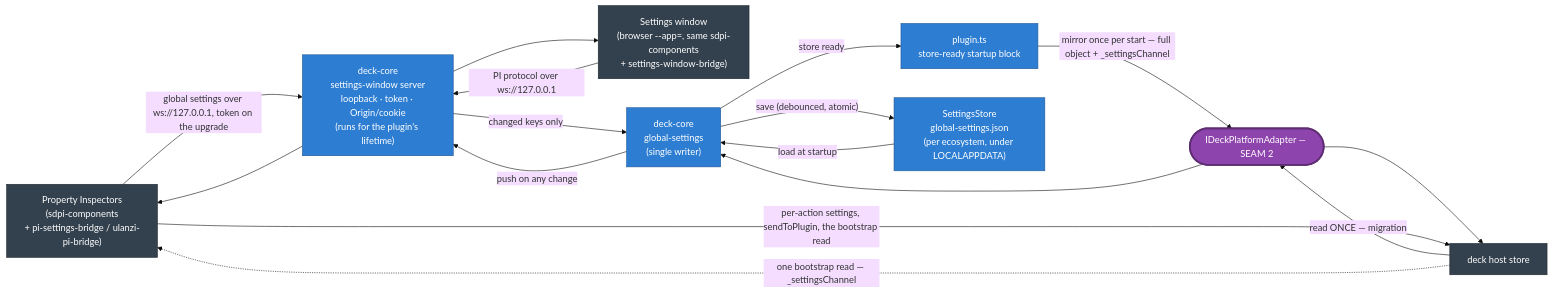
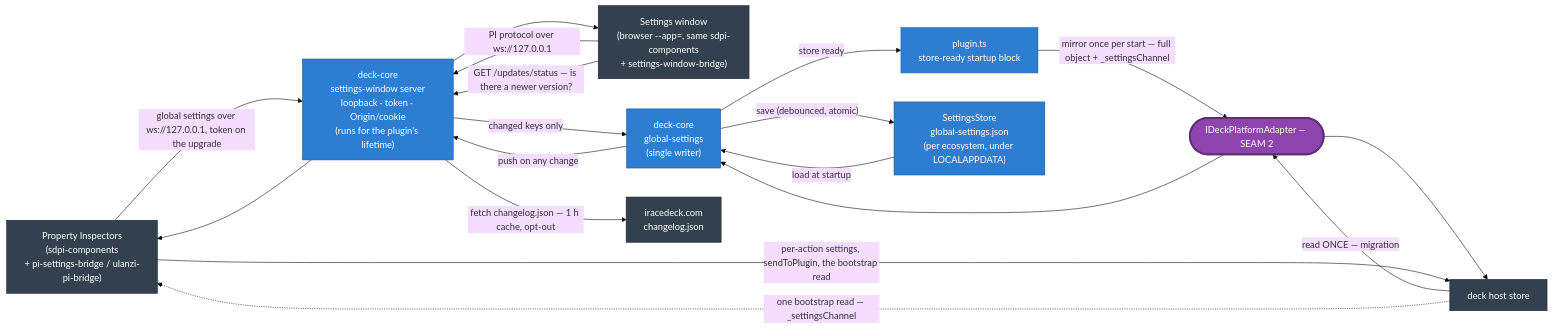
Before and after one commit to niklam/iracedeck: the fourth of 6 diagrams in packages/website/src/content/docs/docs/development/architecture.md, drawn with Mermaid (base theme). The commit also changed other lines of this file and 54 other files, not shown here.

First line of the commit message:
feat(settings): show that a newer version exists on the What's New tab (#1016) (#1022)

````diff
--- a/packages/website/src/content/docs/docs/development/architecture.md
+++ b/packages/website/src/content/docs/docs/development/architecture.md
@@ -150,31 +150,34 @@
 ```mermaid
 flowchart LR
   pi["Property Inspectors<br/>(sdpi-components<br/>+ pi-settings-bridge / ulanzi-pi-bridge)"]:::ext
   win["Settings window<br/>(browser --app=, same sdpi-components<br/>+ settings-window-bridge)"]:::ext
   srv["deck-core<br/>settings-window server<br/>loopback · token · Origin/cookie<br/>(runs for the plugin's lifetime)"]:::core
   gs["deck-core<br/>global-settings<br/>(single writer)"]:::core
   boot["plugin.ts<br/>store-ready startup block"]:::core
   store["SettingsStore<br/>global-settings.json<br/>(per ecosystem, under LOCALAPPDATA)"]:::core
   core(["IDeckPlatformAdapter — SEAM 2"]):::seam
   host["deck host store"]:::ext
+  site["iracedeck.com<br/>changelog.json"]:::ext
 
   win -->|"PI protocol over ws://127.0.0.1"| srv
   pi -->|"global settings over ws://127.0.0.1, token on the upgrade"| srv
   srv -->|"changed keys only"| gs
   gs -->|"save (debounced, atomic)"| store
   store -->|"load at startup"| gs
   gs -->|"push on any change"| srv
   srv --> win
   srv --> pi
+  win -->|"GET /updates/status — is there a newer version?"| srv
+  srv -->|"fetch changelog.json — 1 h cache, opt-out"| site
   host -->|"read ONCE — migration"| core
   core --> gs
   gs -->|"store ready"| boot
   boot -->|"mirror once per start — full object + _settingsChannel"| core
   core --> host
   host -.->|"one bootstrap read — _settingsChannel"| pi
   pi -->|"per-action settings, sendToPlugin, the bootstrap read"| host
 
   classDef ext fill:#33404d,color:#fff,stroke:#1d262e;
   classDef seam fill:#8e44ad,color:#fff,stroke:#5e2d73,stroke-width:3px;
   classDef core fill:#2d7dd2,color:#fff,stroke:#1f5793;
 ```
````
